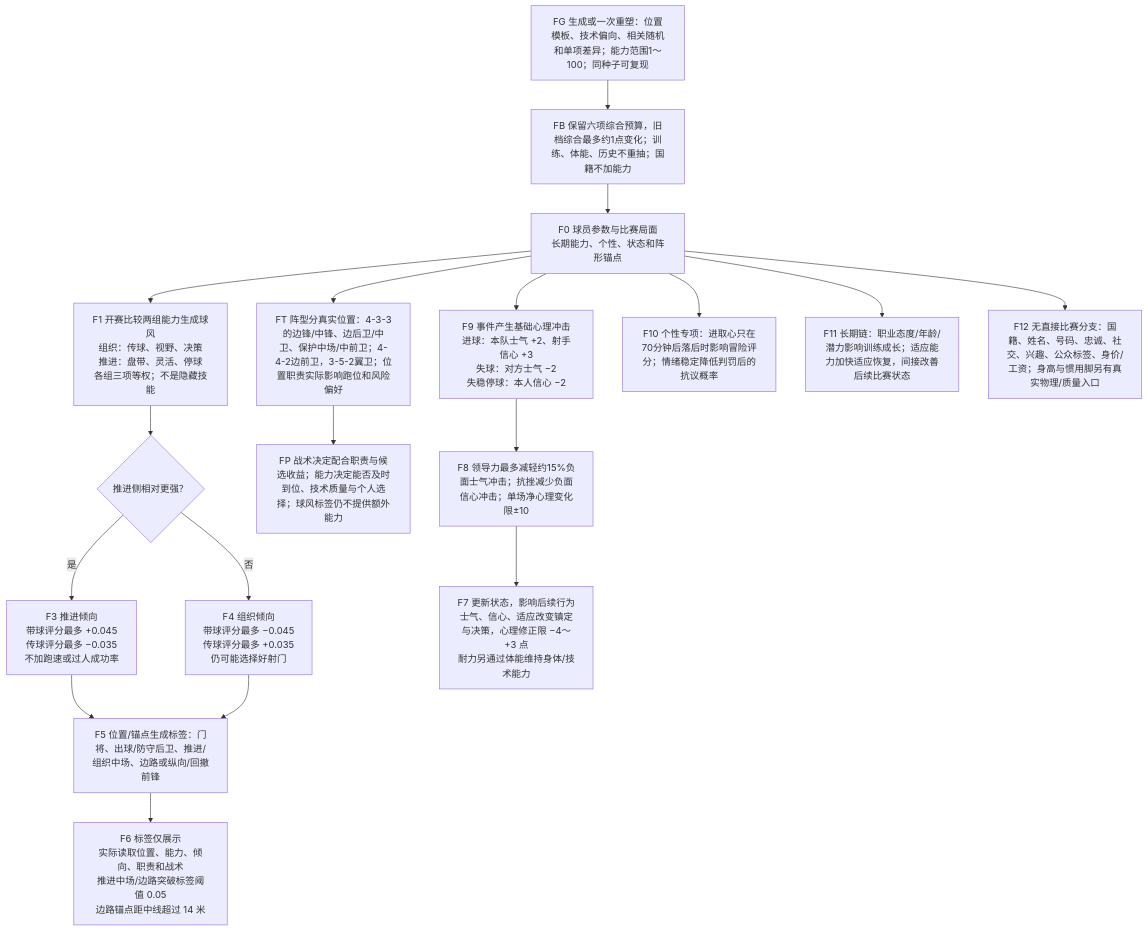
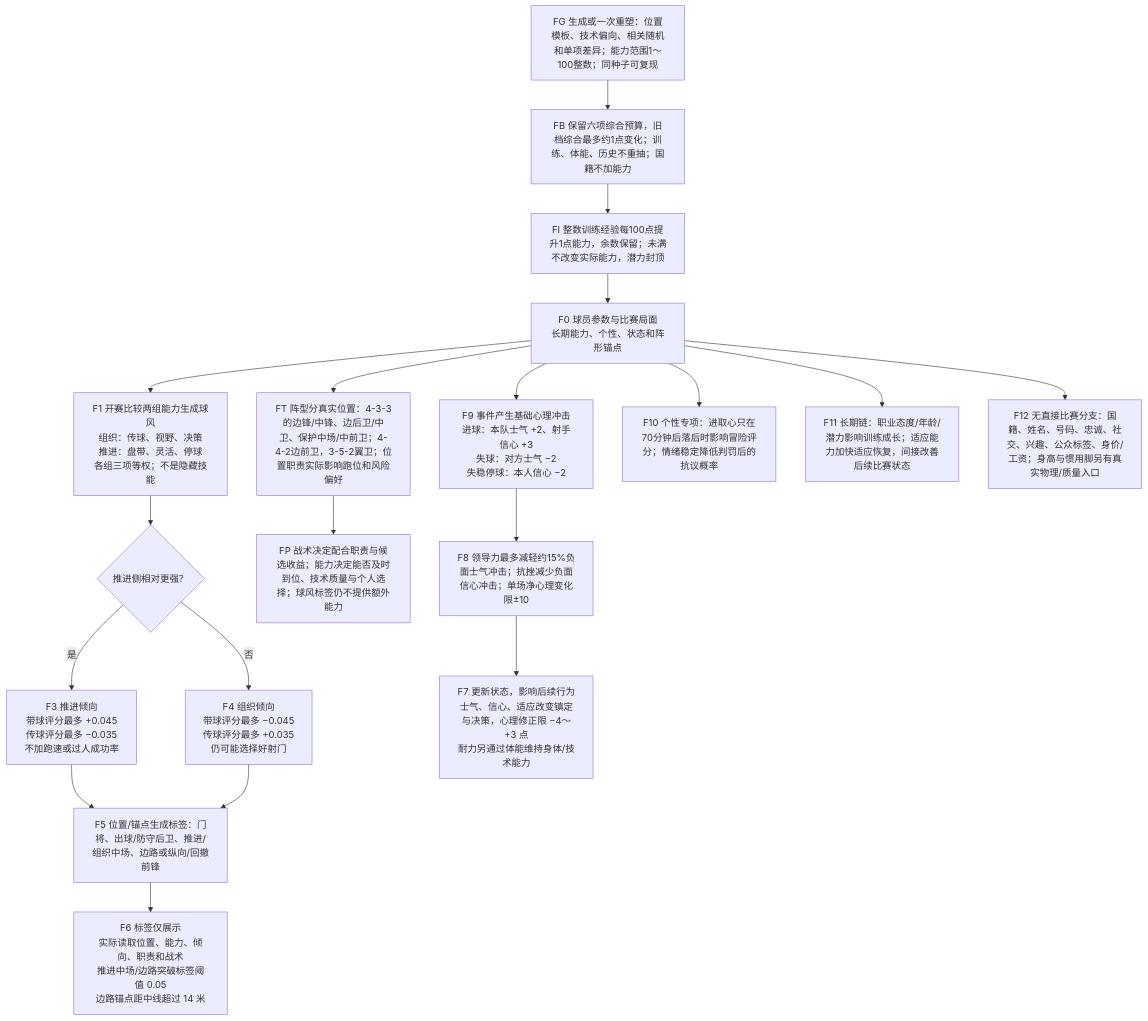
Before and after one commit to sixu3575/touchline-manager: the sixth of 7 diagrams in packages/shared/modules/matches/design/PLAYER_DECISION_MAP.md, drawn with Mermaid. The commit also changed other lines of this file and 43 other files, not shown here.

````diff
--- a/packages/shared/modules/matches/design/PLAYER_DECISION_MAP.md
+++ b/packages/shared/modules/matches/design/PLAYER_DECISION_MAP.md
@@ -342,20 +344,21 @@
 ```mermaid
 flowchart TD
-  FG["FG 生成或一次重塑：位置模板、技术偏向、相关随机和单项差异；能力范围1～100；同种子可复现"] --> FB["FB 保留六项综合预算，旧档综合最多约1点变化；训练、体能、历史不重抽；国籍不加能力"]
-  FB --> F0
+  FG["FG 生成或一次重塑：位置模板、技术偏向、相关随机和单项差异；能力范围1～100整数；同种子可复现"] --> FB["FB 保留六项综合预算，旧档综合最多约1点变化；训练、体能、历史不重抽；国籍不加能力"]
+  FB --> FI["FI 整数训练经验每100点提升1点能力，余数保留；未满不改变实际能力，潜力封顶"]
+  FI --> F0
   F0["F0 球员参数与比赛局面<br/>长期能力、个性、状态和阵形锚点"] --> F1["F1 开赛比较两组能力生成球风<br/>组织：传球、视野、决策<br/>推进：盘带、灵活、停球<br/>各组三项等权；不是隐藏技能"]
   F1 --> F2{"推进侧相对更强？"}
   F2 -->|是| F3["F3 推进倾向<br/>带球评分最多 +0.045<br/>传球评分最多 −0.035<br/>不加跑速或过人成功率"]
   F2 -->|否| F4["F4 组织倾向<br/>带球评分最多 −0.045<br/>传球评分最多 +0.035<br/>仍可能选择好射门"]
   F3 --> F5["F5 位置/锚点生成标签：门将、出球/防守后卫、推进/组织中场、边路或纵向/回撤前锋"]
   F4 --> F5
   F5 --> F6["F6 标签仅展示<br/>实际读取位置、能力、倾向、职责和战术<br/>推进中场/边路突破标签阈值 0.05<br/>边路锚点距中线超过 14 米"]
   F0 --> FT["FT 阵型分真实位置：4-3-3的边锋/中锋、边后卫/中卫、保护中场/中前卫；4-4-2边前卫，3-5-2翼卫；位置职责实际影响跑位和风险偏好"]
   FT --> FP["FP 战术决定配合职责与候选收益；能力决定能否及时到位、技术质量与个人选择；球风标签仍不提供额外能力"]
   F0 --> F9["F9 事件产生基础心理冲击<br/>进球：本队士气 +2、射手信心 +3<br/>失球：对方士气 −2<br/>失稳停球：本人信心 −2"]
   F9 --> F8["F8 领导力最多减轻约15%负面士气冲击；抗挫减少负面信心冲击；单场净心理变化限±10"]
   F8 --> F7["F7 更新状态，影响后续行为<br/>士气、信心、适应改变镇定与决策，心理修正限 −4～+3 点<br/>耐力另通过体能维持身体/技术能力"]
   F0 --> F10["F10 个性专项：进取心只在70分钟后落后时影响冒险评分；情绪稳定降低判罚后的抗议概率"]
   F0 --> F11["F11 长期链：职业态度/年龄/潜力影响训练成长；适应能力加快适应恢复，间接改善后续比赛状态"]
   F0 --> F12["F12 无直接比赛分支：国籍、姓名、号码、忠诚、社交、兴趣、公众标签、身价/工资；身高与惯用脚另有真实物理/质量入口"]
 ```
````
